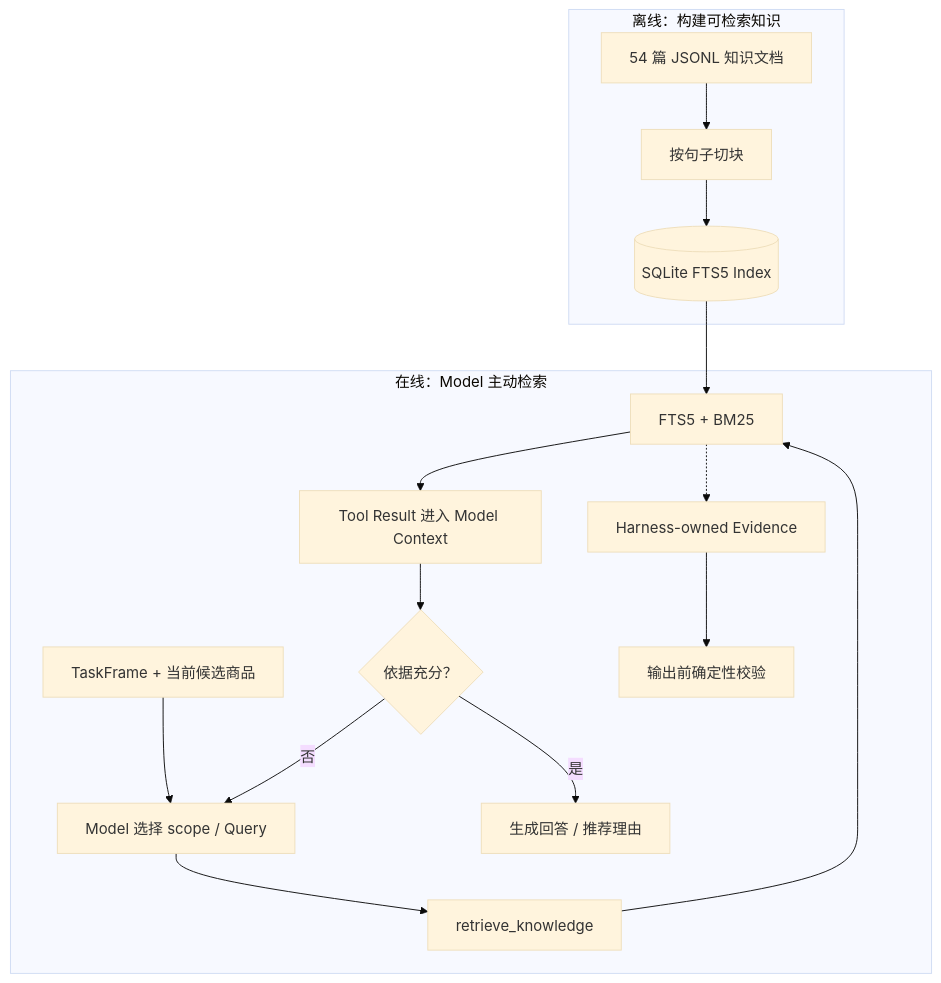
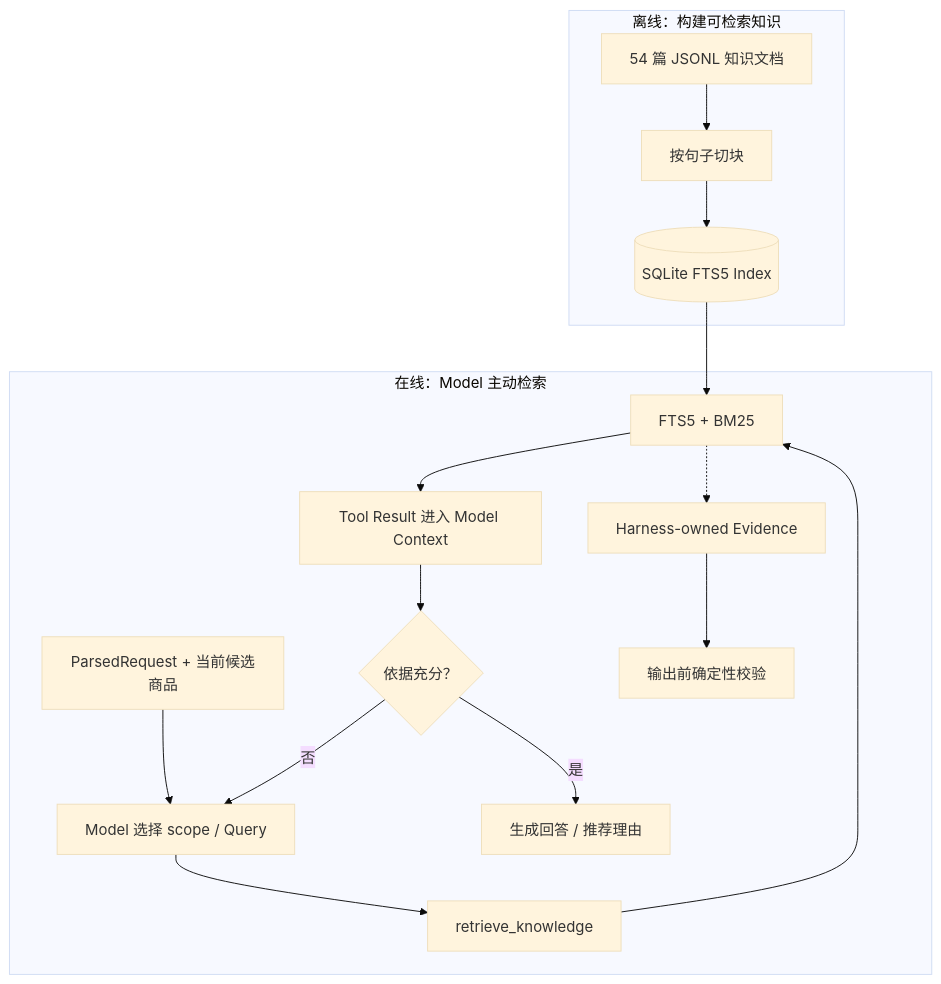
Before and after one commit to ImWenyaoT/chatty: the third of 4 diagrams in README.md, drawn with Mermaid (base theme). The commit also changed other lines of this file and 38 other files, not shown here.

````diff
--- a/README.md
+++ b/README.md
@@ -133,20 +131,20 @@
 ```mermaid
 flowchart TB
     subgraph Offline["离线：构建可检索知识"]
         Seed["54 篇 JSONL 知识文档"] --> Chunk["按句子切块"]
         Chunk --> FTS[("SQLite FTS5 Index")]
     end
 
     subgraph Online["在线：Model 主动检索"]
-        Input["TaskFrame + 当前候选商品"] --> Decide["Model 选择 scope / Query"]
+        Input["ParsedRequest + 当前候选商品"] --> Decide["Model 选择 scope / Query"]
         Decide --> Tool["retrieve_knowledge"]
         Tool --> Rank["FTS5 + BM25"]
         FTS --> Rank
         Rank --> Result["Tool Result 进入 Model Context"]
         Result --> Rewrite{"依据充分？"}
         Rewrite -->|"否"| Decide
         Rewrite -->|"是"| Draft["生成回答 / 推荐理由"]
         Rank -.-> Evidence["Harness-owned Evidence"]
         Evidence --> Validate["输出前确定性校验"]
     end
 ```
````
